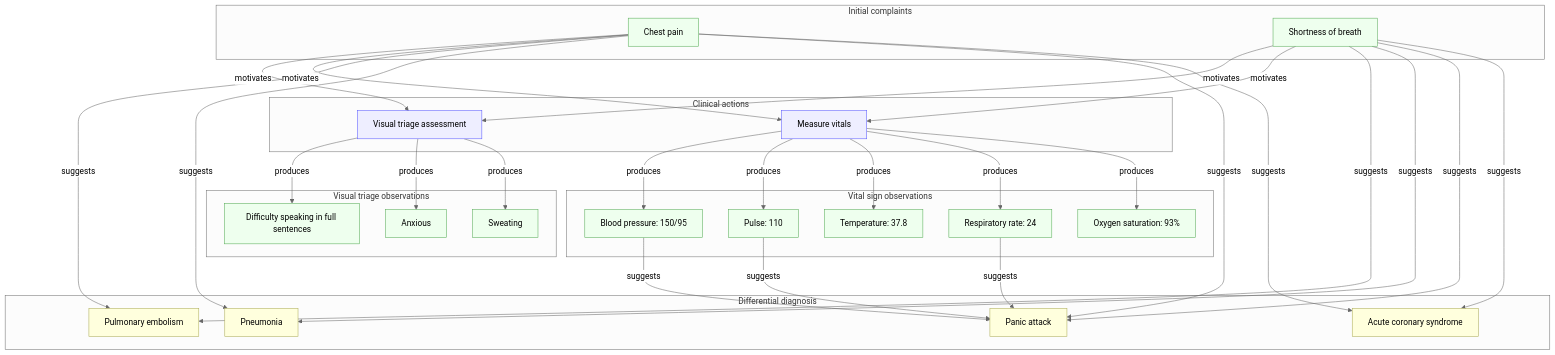
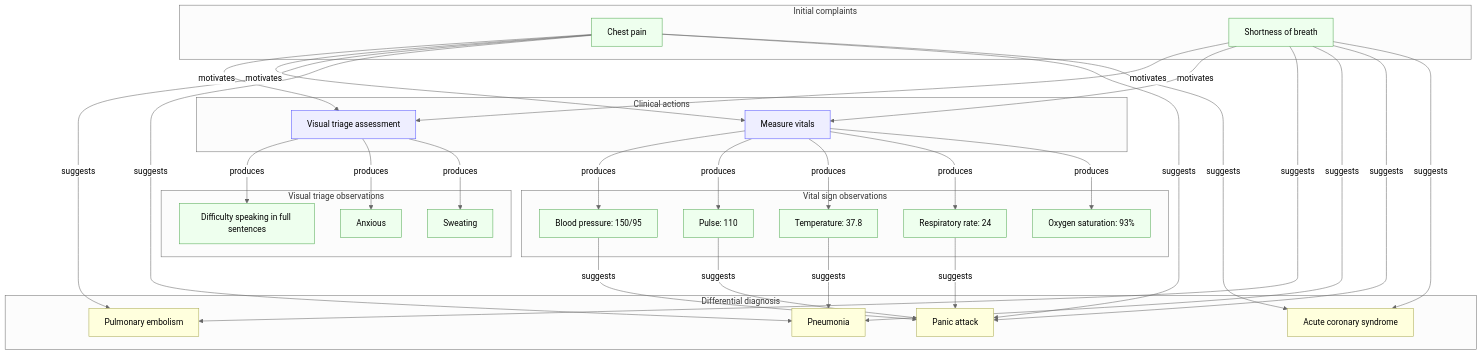
One commit to kahunacohen/why changed the diagram in diagrams/medical.mmd. Above: the diagram before and after it, drawn with Mermaid (neutral theme).

```diff
--- a/diagrams/medical.mmd
+++ b/diagrams/medical.mmd
@@ -1,89 +1,91 @@
 flowchart TD
 
   %% =========================
   %% INITIAL PRESENTATION
   %% =========================
   subgraph initial["Initial complaints"]
     O1["Chest pain"]
     O2["Shortness of breath"]
   end
 
   %% =========================
   %% ACTIONS
   %% =========================
   subgraph actions["Clinical actions"]
     A1["Visual triage assessment"]
     A2["Measure vitals"]
   end
 
   %% Initial complaints motivate actions
   O1 -->|motivates| A1
   O2 -->|motivates| A1
   O1 -->|motivates| A2
   O2 -->|motivates| A2
 
   %% =========================
   %% VISUAL TRIAGE OBSERVATIONS
   %% =========================
   subgraph visual["Visual triage observations"]
     O6["Difficulty speaking in full sentences"]
     O7["Anxious"]
     O8["Sweating"]
   end
 
   A1 -->|produces| O6
   A1 -->|produces| O7
   A1 -->|produces| O8
 
   %% =========================
   %% VITAL SIGNS
   %% =========================
   subgraph vitals["Vital sign observations"]
     O3["Blood pressure: 150/95"]
     O4["Pulse: 110"]
     O5["Temperature: 37.8"]
     O9["Respiratory rate: 24"]
     O10["Oxygen saturation: 93%"]
   end
 
   A2 -->|produces| O3
   A2 -->|produces| O4
   A2 -->|produces| O5
   A2 -->|produces| O9
   A2 -->|produces| O10
 
   %% =========================
   %% HYPOTHESES
   %% =========================
   subgraph hypotheses["Differential diagnosis"]
     H1["Pulmonary embolism"]
     H2["Pneumonia"]
     H3["Panic attack"]
     H4["Acute coronary syndrome"]
   end
 
   %% Observations → hypotheses (unchanged semantics)
   O1 -->|suggests| H1
   O1 -->|suggests| H2
   O1 -->|suggests| H3
   O1 -->|suggests| H4
 
   O2 -->|suggests| H1
   O2 -->|suggests| H2
   O2 -->|suggests| H3
   O2 -->|suggests| H4
 
   O3 -->|suggests| H3
   O4 -->|suggests| H3
   O9 -->|suggests| H3
 
+  O5 -->|suggests| H2
+
   %% =========================
   %% STYLES
   %% =========================
   classDef obs fill:#efe,stroke:#5a5
   classDef action fill:#eef,stroke:#55f
   classDef hyp fill:#ffd,stroke:#aa5
 
   class O1,O2,O3,O4,O5,O6,O7,O8,O9,O10 obs
   class A1,A2 action
   class H1,H2,H3,H4 hyp
```
